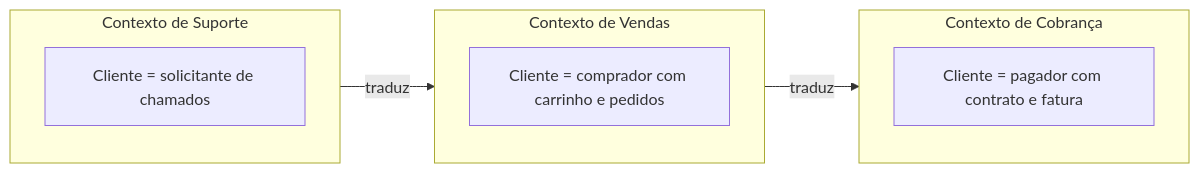
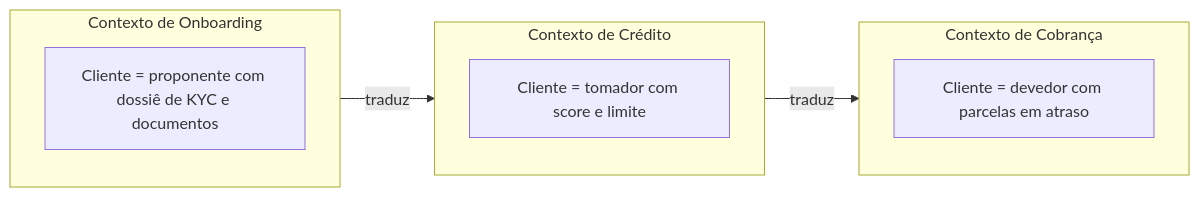
Before and after one commit to alancesar/design-patterns: the diagram in docs/design/ddd/model-in-practice/bounded-context.md, drawn with Mermaid. The commit also changed other lines of this file and 67 other files, not shown here.

First line of the commit message:
Switch DDD examples and diagrams to fintech scenarios

````diff
--- a/docs/design/ddd/model-in-practice/bounded-context.md
+++ b/docs/design/ddd/model-in-practice/bounded-context.md
@@ -55,14 +55,14 @@
 ```mermaid
 flowchart LR
-    subgraph Vendas ["Contexto de Vendas"]
-        V1["Cliente = comprador com carrinho e pedidos"]
+    subgraph Onboarding ["Contexto de Onboarding"]
+        O1["Cliente = proponente com dossiê de KYC e documentos"]
     end
-    subgraph Suporte ["Contexto de Suporte"]
-        S1["Cliente = solicitante de chamados"]
+    subgraph Credito ["Contexto de Crédito"]
+        R1["Cliente = tomador com score e limite"]
     end
     subgraph Cobranca ["Contexto de Cobrança"]
-        C1["Cliente = pagador com contrato e fatura"]
+        C1["Cliente = devedor com parcelas em atraso"]
     end
-    Vendas -->|"traduz"| Cobranca
-    Suporte -->|"traduz"| Vendas
+    Onboarding -->|"traduz"| Credito
+    Credito -->|"traduz"| Cobranca
 ```
````
